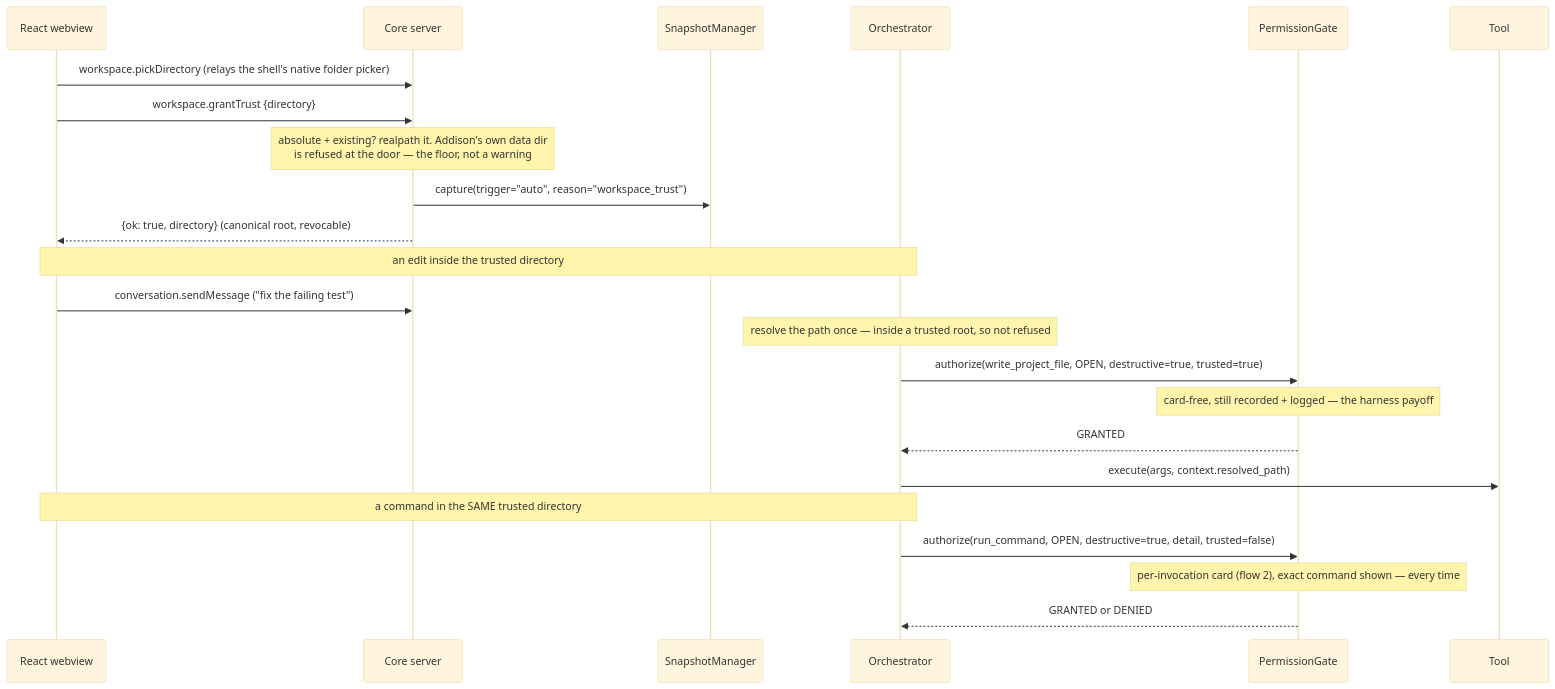
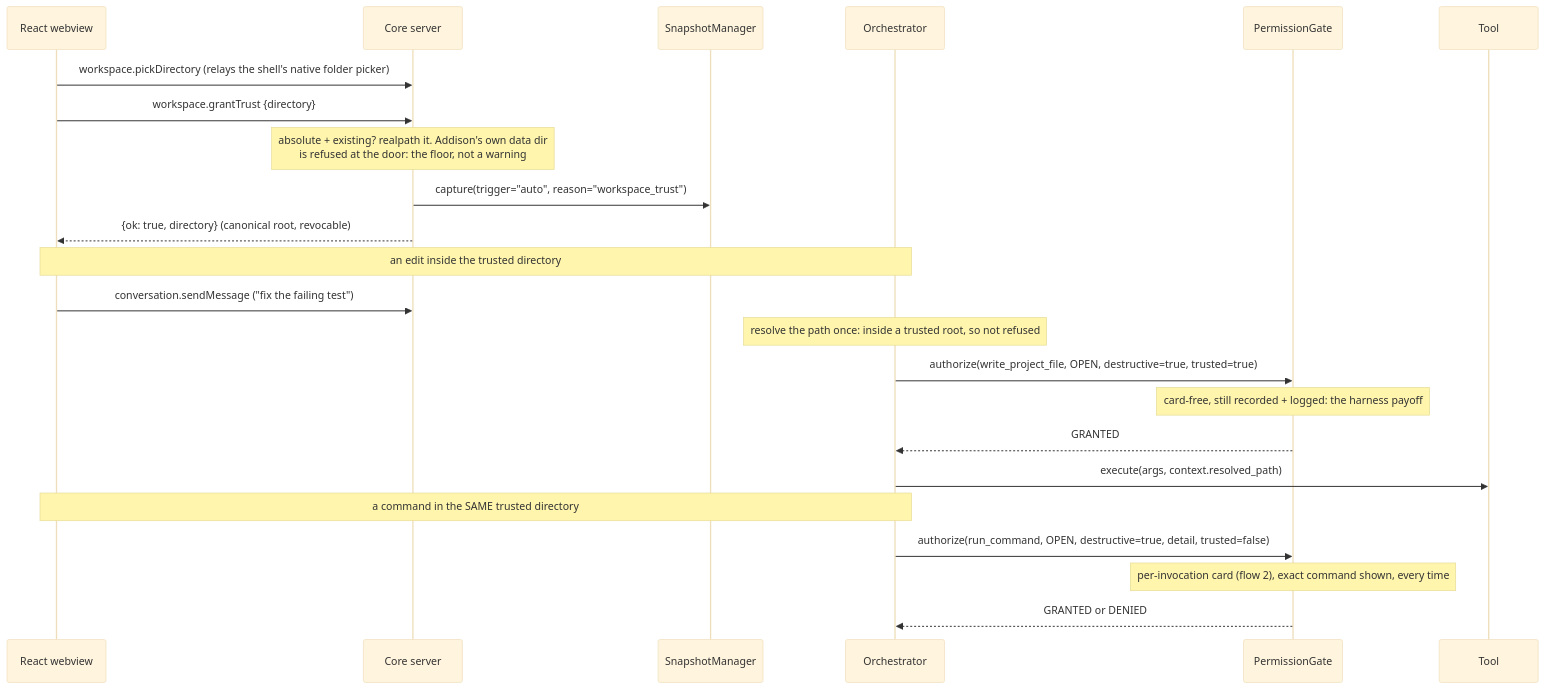
Before and after one commit to N041M/Addison: diagram 12 of 16 in docs/flows.md, drawn with Mermaid (base theme). The commit also changed other lines of this file and 27 other files, not shown here.

````diff
--- a/docs/flows.md
+++ b/docs/flows.md
@@ -514,28 +514,28 @@
 ```mermaid
 sequenceDiagram
     participant WV as React webview
     participant SRV as Core server
     participant SM as SnapshotManager
     participant ORC as Orchestrator
     participant PG as PermissionGate
     participant TL as Tool
 
     WV->>SRV: workspace.pickDirectory (relays the shell's native folder picker)
     WV->>SRV: workspace.grantTrust {directory}
-    Note over SRV: absolute + existing? realpath it. Addison's own data dir<br/>is refused at the door — the floor, not a warning
+    Note over SRV: absolute + existing? realpath it. Addison's own data dir<br/>is refused at the door: the floor, not a warning
     SRV->>SM: capture(trigger="auto", reason="workspace_trust")
     SRV-->>WV: {ok: true, directory} (canonical root, revocable)
 
     Note over WV,ORC: an edit inside the trusted directory
     WV->>SRV: conversation.sendMessage ("fix the failing test")
-    Note over ORC: resolve the path once — inside a trusted root, so not refused
+    Note over ORC: resolve the path once: inside a trusted root, so not refused
     ORC->>PG: authorize(write_project_file, OPEN, destructive=true, trusted=true)
-    Note over PG: card-free, still recorded + logged — the harness payoff
+    Note over PG: card-free, still recorded + logged: the harness payoff
     PG-->>ORC: GRANTED
     ORC->>TL: execute(args, context.resolved_path)
 
     Note over WV,ORC: a command in the SAME trusted directory
     ORC->>PG: authorize(run_command, OPEN, destructive=true, detail, trusted=false)
-    Note over PG: per-invocation card (flow 2), exact command shown — every time
+    Note over PG: per-invocation card (flow 2), exact command shown, every time
     PG-->>ORC: GRANTED or DENIED
 ```
````
